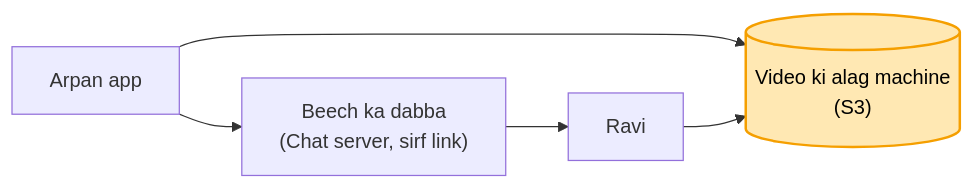
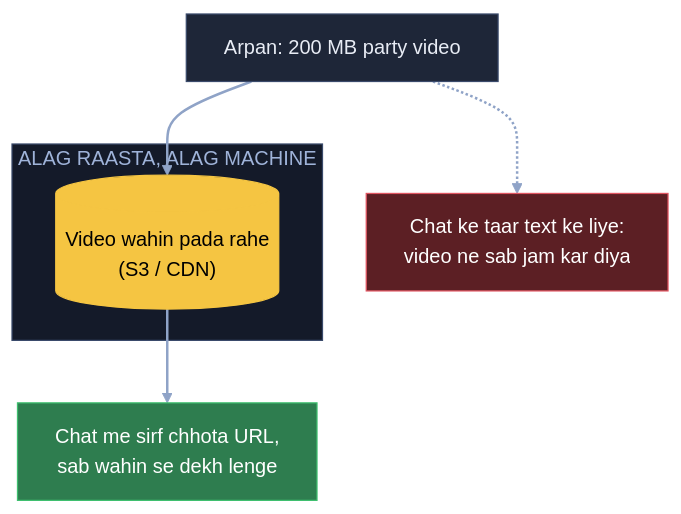
Before and after one commit to ArpanMaheshwari144/Prep: the tenth of 12 diagrams in 04_HLD/SYSTEM_DESIGNS/14_chat_messaging/14_chat_messaging.md, drawn with Mermaid. The commit also changed other lines of this file, not shown here.

Commit message:
Chat: 12 diagram hand notes ke shabdon se

````diff
--- a/04_HLD/SYSTEM_DESIGNS/14_chat_messaging/14_chat_messaging.md
+++ b/04_HLD/SYSTEM_DESIGNS/14_chat_messaging/14_chat_messaging.md
@@ -207,8 +315,18 @@
 ```mermaid
-flowchart LR
-    A["Arpan app"] --> V[("Video ki alag machine<br/>(S3)")]
-    A --> S["Beech ka dabba<br/>(Chat server, sirf link)"]
-    S --> R["Ravi"]
-    R --> V
-    style V fill:#ffe8b3,stroke:#f59f00,stroke-width:2px,color:#000
+flowchart TB
+    A["Arpan: 200 MB party video"]:::card
+    X["Chat ke taar text ke liye:<br/>video ne sab jam kar diya"]:::bad
+    subgraph AR["ALAG RAASTA, ALAG MACHINE"]
+        S3[("Video wahin pada rahe<br/>(S3 / CDN)")]:::pill
+    end
+    C["Chat me sirf chhota URL,<br/>sab wahin se dekh lenge"]:::good
+    A -.-> X
+    A --> S3
+    S3 --> C
+    linkStyle default stroke:#8fa3c7,stroke-width:2px
+    classDef card fill:#1e2638,stroke:#3a4a6b,color:#e8ecf5
+    classDef pill fill:#f5c542,stroke:#f5c542,color:#000
+    classDef good fill:#2e7d4f,stroke:#3fbf6f,color:#fff
+    classDef bad fill:#5c1f24,stroke:#e05561,color:#fff
+    style AR fill:#141a29,stroke:#3a4a6b,color:#9fb3d9
 ```
````
